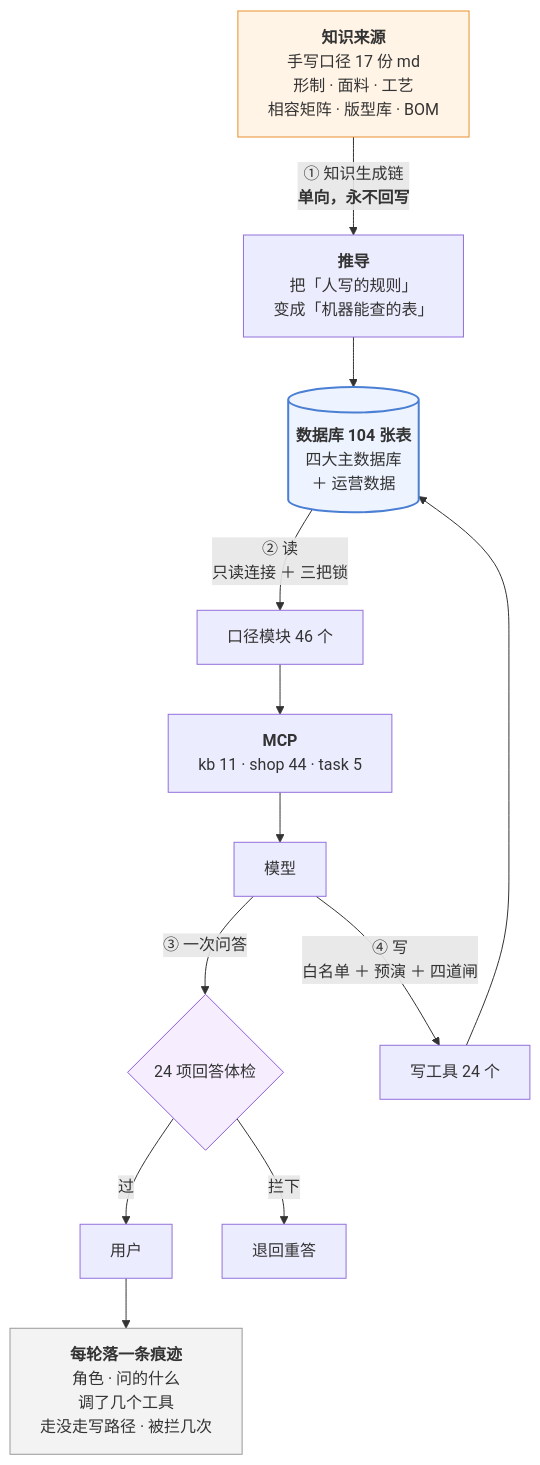
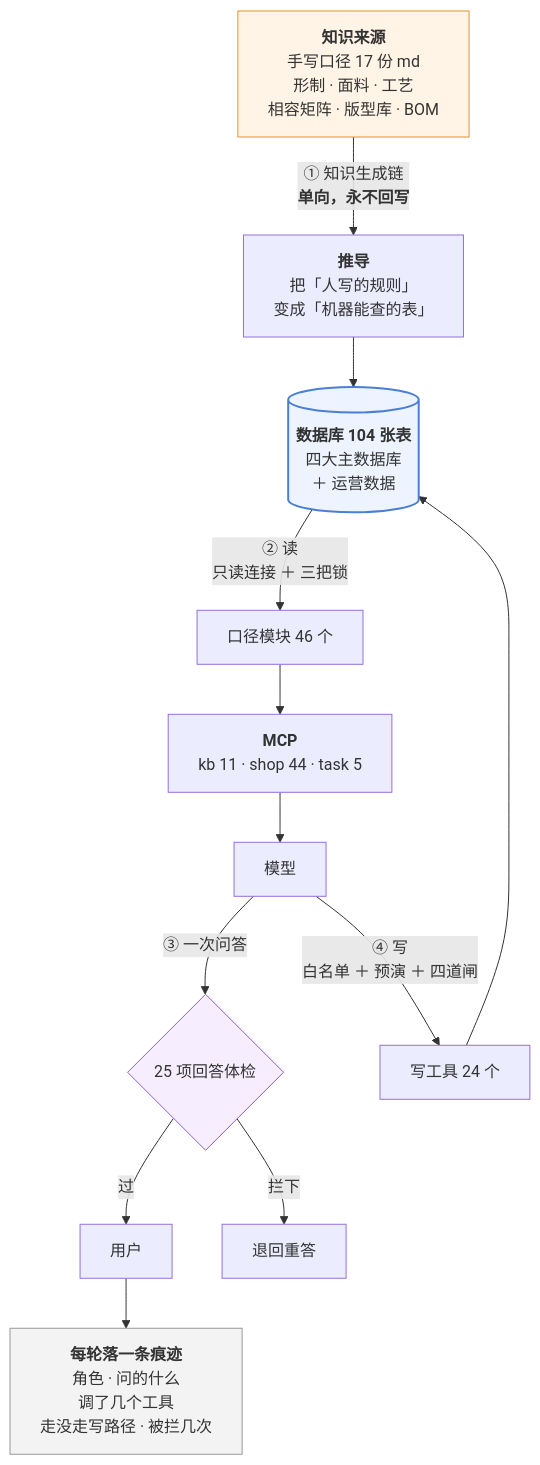
Before and after one commit to 843773296-rgb/lanxiu-yunshang-agent: the third of 3 diagrams in 澜绣云裳agent-产品说明.md, drawn with Mermaid. The commit also changed other lines of this file and 13 other files, not shown here.

````diff
--- a/澜绣云裳agent-产品说明.md
+++ b/澜绣云裳agent-产品说明.md
@@ -940,24 +940,24 @@
 ```mermaid
 flowchart TD
     MD["<b>知识来源</b><br/>手写口径 17 份 md<br/>形制 · 面料 · 工艺<br/>相容矩阵 · 版型库 · BOM"]
     MD -->|"① 知识生成链<br/><b>单向，永不回写</b>"| DV["<b>推导</b><br/>把「人写的规则」<br/>变成「机器能查的表」"]
     DV --> DB[("<b>数据库 104 张表</b><br/>四大主数据库<br/>＋ 运营数据")]
 
     DB -->|"② 读<br/>只读连接 ＋ 三把锁"| KJ["口径模块 46 个"]
     KJ --> MCP["<b>MCP</b><br/>kb 11 · shop 44 · task 5"]
     MCP --> LLM["模型"]
 
-    LLM -->|"③ 一次问答"| GD{"24 项回答体检"}
+    LLM -->|"③ 一次问答"| GD{"25 项回答体检"}
     GD -- 过 --> U["用户"]
     GD -- 拦下 --> RE["退回重答"]
 
     LLM -->|"④ 写<br/>白名单 ＋ 预演 ＋ 四道闸"| W["写工具 24 个"]
     W --> DB
 
     U --> TR["<b>每轮落一条痕迹</b><br/>角色 · 问的什么<br/>调了几个工具<br/>走没走写路径 · 被拦几次"]
 
     style MD fill:#fff4e6,stroke:#e8912d
     style DB fill:#eef4ff,stroke:#4a7fd4,stroke-width:2px
     style GD fill:#f6eeff,stroke:#8b5cd6
     style TR fill:#f3f3f3,stroke:#999
 ```
````
